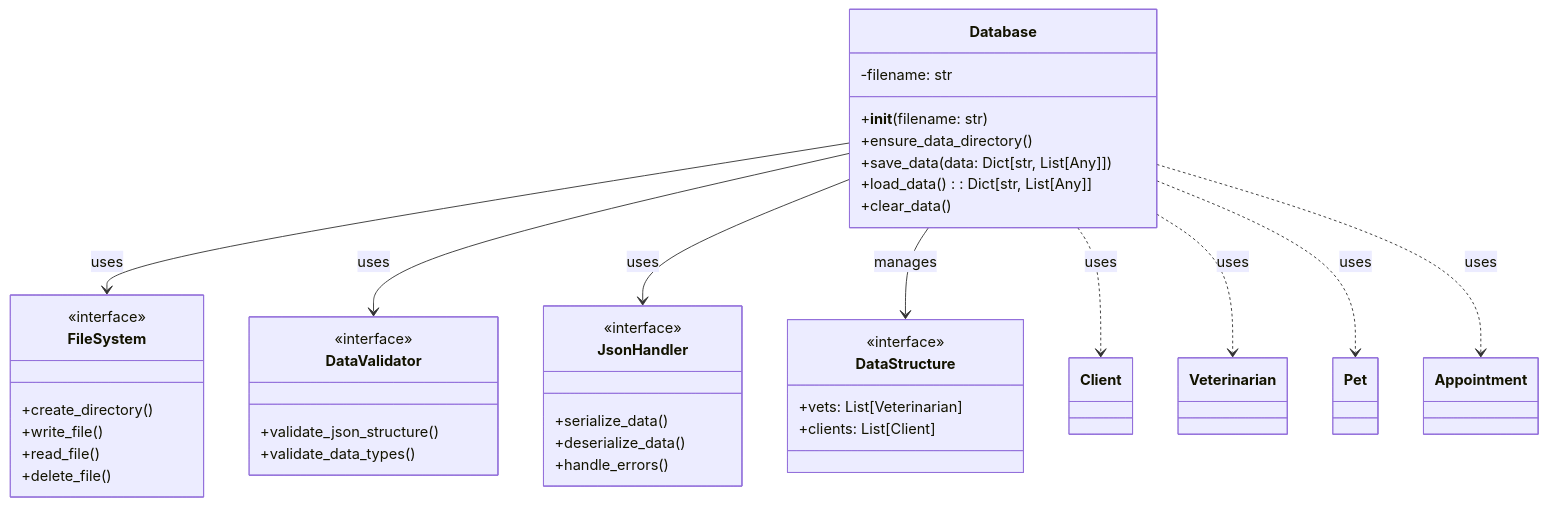
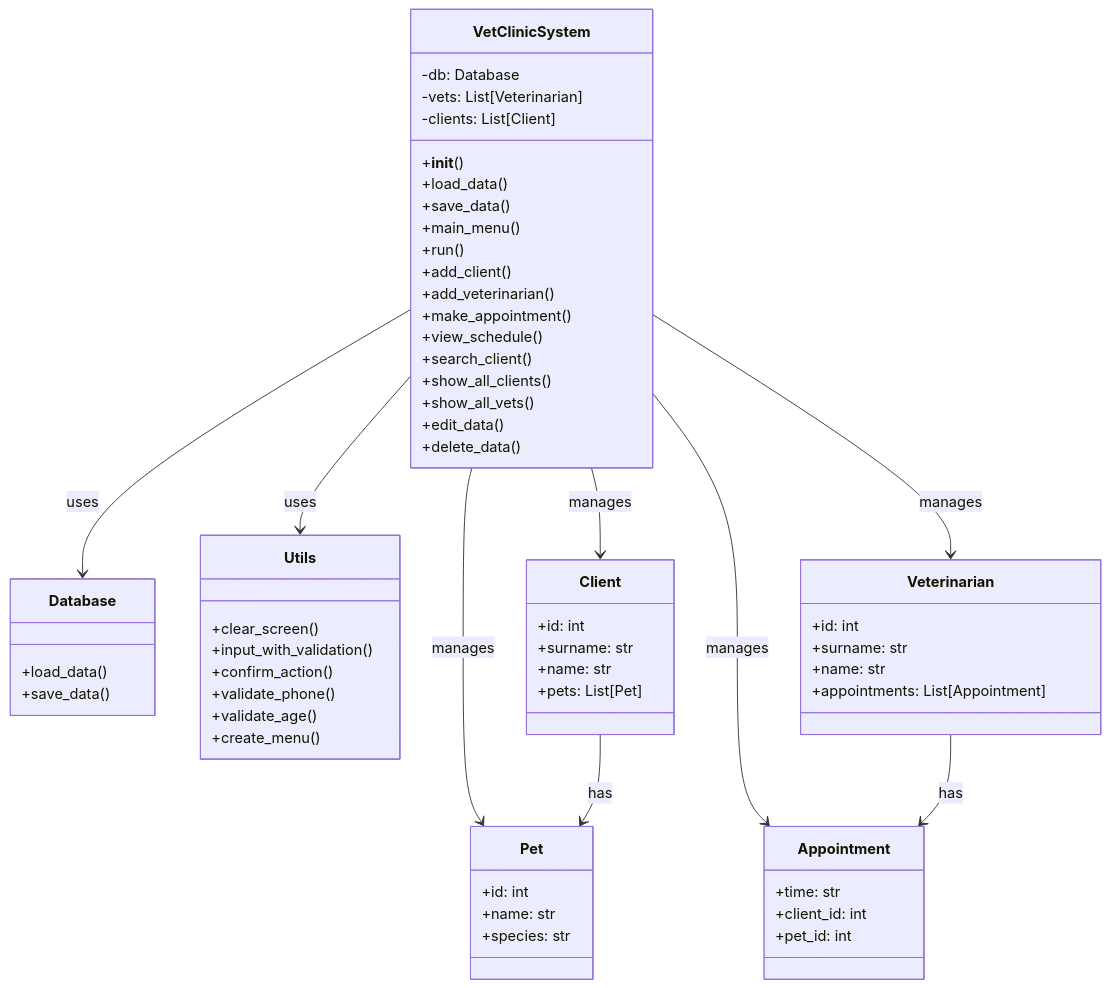
Before and after one commit to DanuloChavs/123: the diagram in README (3).md, drawn with Mermaid.

````diff
--- a/README (3).md
+++ b/README (3).md
@@ -81,47 +81,71 @@
 ```mermaid
 classDiagram
-    class Database {
-        -filename: str
-        +__init__(filename: str)
-        +ensure_data_directory()
-        +save_data(data: Dict[str, List[Any]])
-        +load_data(): Dict[str, List[Any]]
-        +clear_data()
+    class VetClinicSystem {
+        -db: Database
+        -vets: List[Veterinarian]
+        -clients: List[Client]
+        +__init__()
+        +load_data()
+        +save_data()
+        +main_menu()
+        +run()
+        +add_client()
+        +add_veterinarian()
+        +make_appointment()
+        +view_schedule()
+        +search_client()
+        +show_all_clients()
+        +show_all_vets()
+        +edit_data()
+        +delete_data()
     }
 
-    class FileSystem {
-        <<interface>>
-        +create_directory()
-        +write_file()
-        +read_file()
-        +delete_file()
+    class Database {
+        +load_data()
+        +save_data()
     }
 
-    class DataValidator {
-        <<interface>>
-        +validate_json_structure()
-        +validate_data_types()
+    class Utils {
+        +clear_screen()
+        +input_with_validation()
+        +confirm_action()
+        +validate_phone()
+        +validate_age()
+        +create_menu()
     }
 
-    class JsonHandler {
-        <<interface>>
-        +serialize_data()
-        +deserialize_data()
-        +handle_errors()
+    class Client {
+        +id: int
+        +surname: str
+        +name: str
+        +pets: List[Pet]
     }
 
-    class DataStructure {
-        <<interface>>
-        +vets: List[Veterinarian]
-        +clients: List[Client]
+    class Veterinarian {
+        +id: int
+        +surname: str
+        +name: str
+        +appointments: List[Appointment]
     }
 
-    Database --> FileSystem : uses
-    Database --> DataValidator : uses
-    Database --> JsonHandler : uses
-    Database --> DataStructure : manages
-    Database ..> Client : uses
-    Database ..> Veterinarian : uses
-    Database ..> Pet : uses
-    Database ..> Appointment : uses
+    class Pet {
+        +id: int
+        +name: str
+        +species: str
+    }
+
+    class Appointment {
+        +time: str
+        +client_id: int
+        +pet_id: int
+    }
+
+    VetClinicSystem --> Database : uses
+    VetClinicSystem --> Utils : uses
+    VetClinicSystem --> Client : manages
+    VetClinicSystem --> Veterinarian : manages
+    VetClinicSystem --> Pet : manages
+    VetClinicSystem --> Appointment : manages
+    Client --> Pet : has
+    Veterinarian --> Appointment : has
 ```
````
